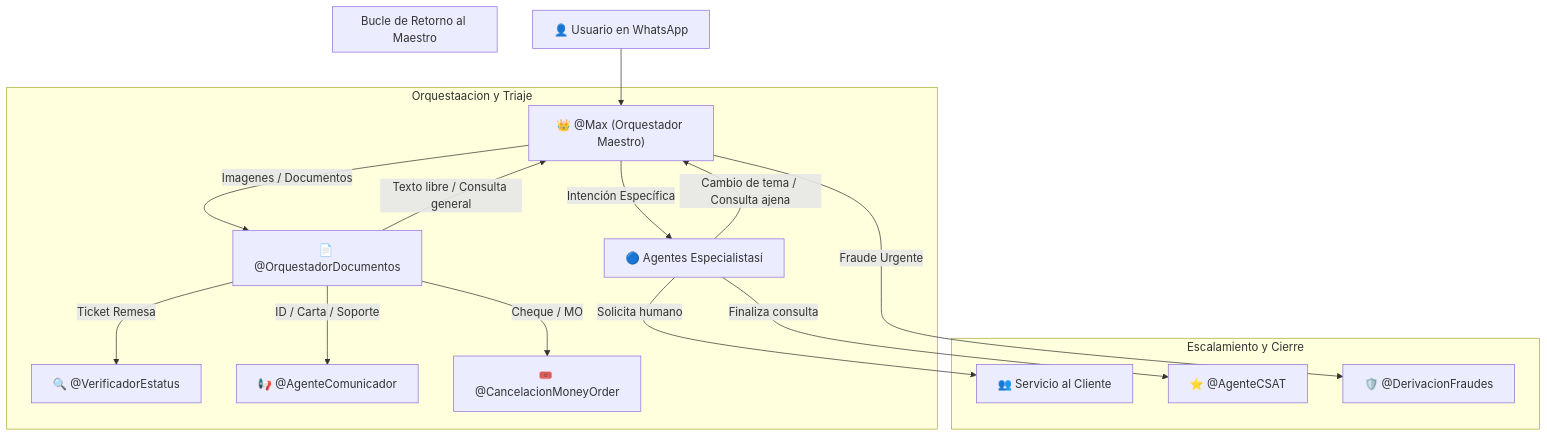
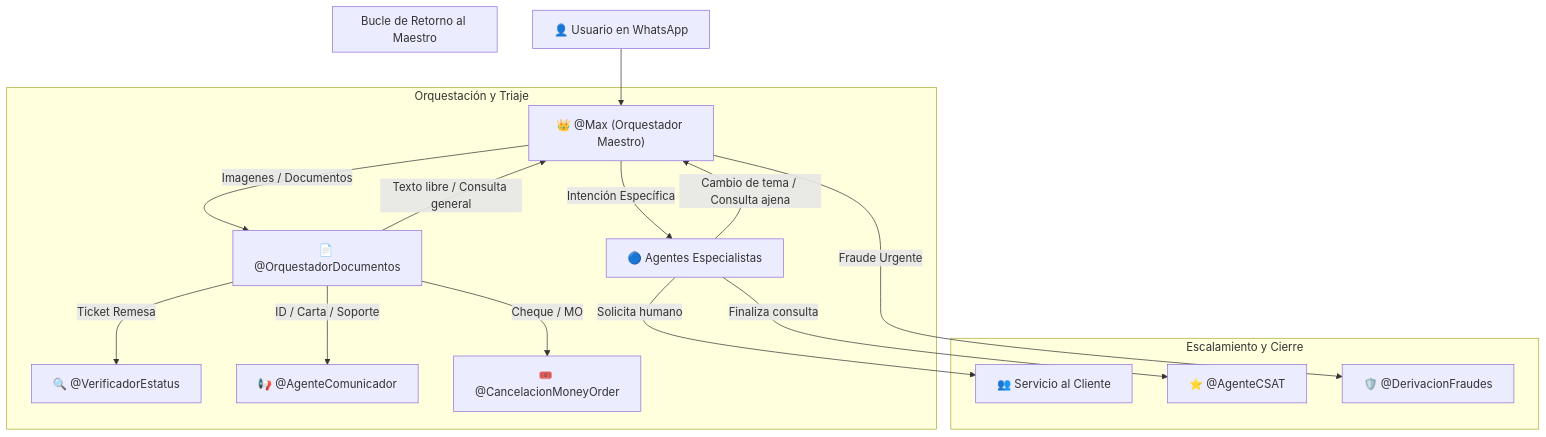
The diagram in Middleware/respondio-middleware/docs/agentes/DISENO_CASCADA_AGENTES.md (mxjhurtado-web/Ecosistema-Maxi), drawn with Mermaid before and after one commit. The commit also changed other lines of this file, not shown here.

Commit message:
fix(docs): higienizar completamente el idioma espanol neutro y eliminar corrupciones de caracteres acentuados en todos los documentos de agentes

````diff
--- a/Middleware/respondio-middleware/docs/agentes/DISENO_CASCADA_AGENTES.md
+++ b/Middleware/respondio-middleware/docs/agentes/DISENO_CASCADA_AGENTES.md
@@ -9,23 +9,23 @@
 ```mermaid
 flowchart TD
     U["👤 Usuario en WhatsApp"] --> MAX["👑 @Max (Orquestador Maestro)"]
     
-    subgraph Orquestaacion y Triaje
+    subgraph Orquestación y Triaje
         MAX -->|"Imagenes / Documentos"| DOCS["📄 @OrquestadorDocumentos"]
-        MAX -->|"Intención Específica"| ESP["🔵 Agentes Especialistasí"]
+        MAX -->|"Intención Específica"| ESP["🔵 Agentes Especialistas"]
         DOCS -->|"Ticket Remesa"| EST["🔍 @VerificadorEstatus"]
         DOCS -->|"ID / Carta / Soporte"| COM["📢 @AgenteComunicador"]
         DOCS -->|"Cheque / MO"| MO["🎟️ @CancelacionMoneyOrder"]
     end
     
     subgraph Bucle de Retorno al Maestro
         ESP -->|"Cambio de tema / Consulta ajena"| MAX
         DOCS -->|"Texto libre / Consulta general"| MAX
     end
     
     subgraph Escalamiento y Cierre
         ESP -->|"Solicita humano"| HUM["👥 Servicio al Cliente"]
         ESP -->|"Finaliza consulta"| CSAT["⭐️ @AgenteCSAT"]
         MAX -->|"Fraude Urgente"| FRA["🛡️ @DerivacionFraudes"]
     end
 ```
````
